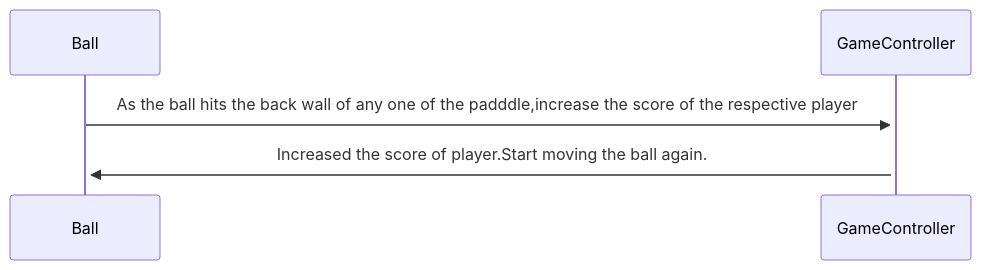
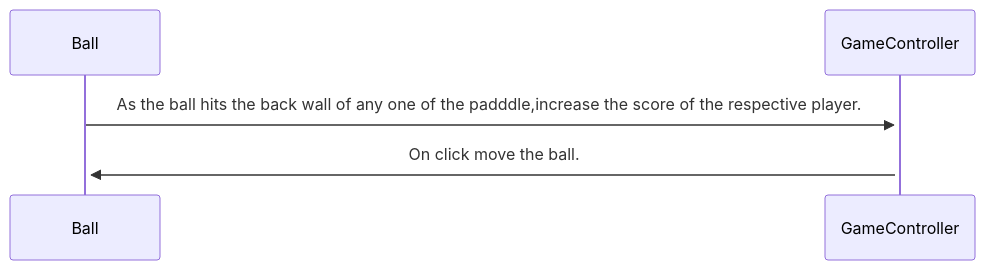
One commit to Engin-Boot/pong-stage-anjalimnnit changed the third of 3 diagrams in Stage0/sequence-start.md. Above: the diagram before and after it, drawn with Mermaid. The commit also changed other lines of this file, not shown here.

````diff
--- a/Stage0/sequence-start.md
+++ b/Stage0/sequence-start.md
@@ -23,6 +22,6 @@
 ```mermaid
 sequenceDiagram
-Ball->>+GameController: As the ball hits the back wall of any one of the padddle,increase the score of the respective player
-GameController->>+Ball: Increased the score of player.Start moving the ball again.
+Ball->>+GameController: As the ball hits the back wall of any one of the padddle,increase the score of the respective player.
+GameController->>+Ball: On click move the ball.
 
 ```
````
